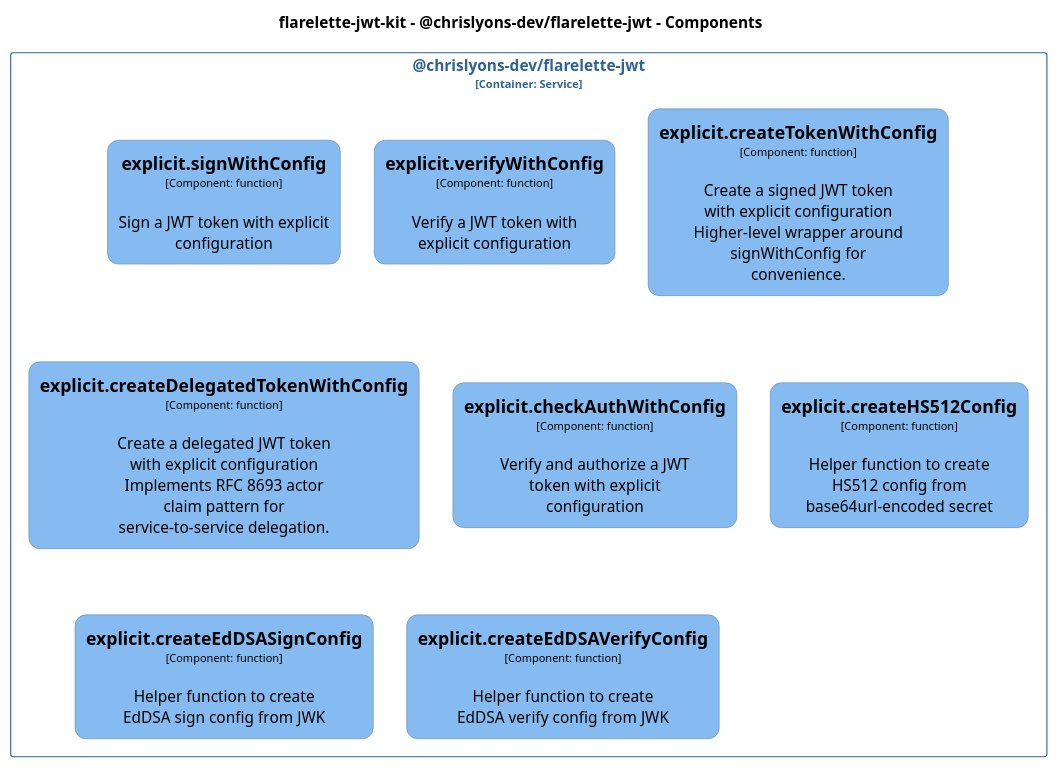
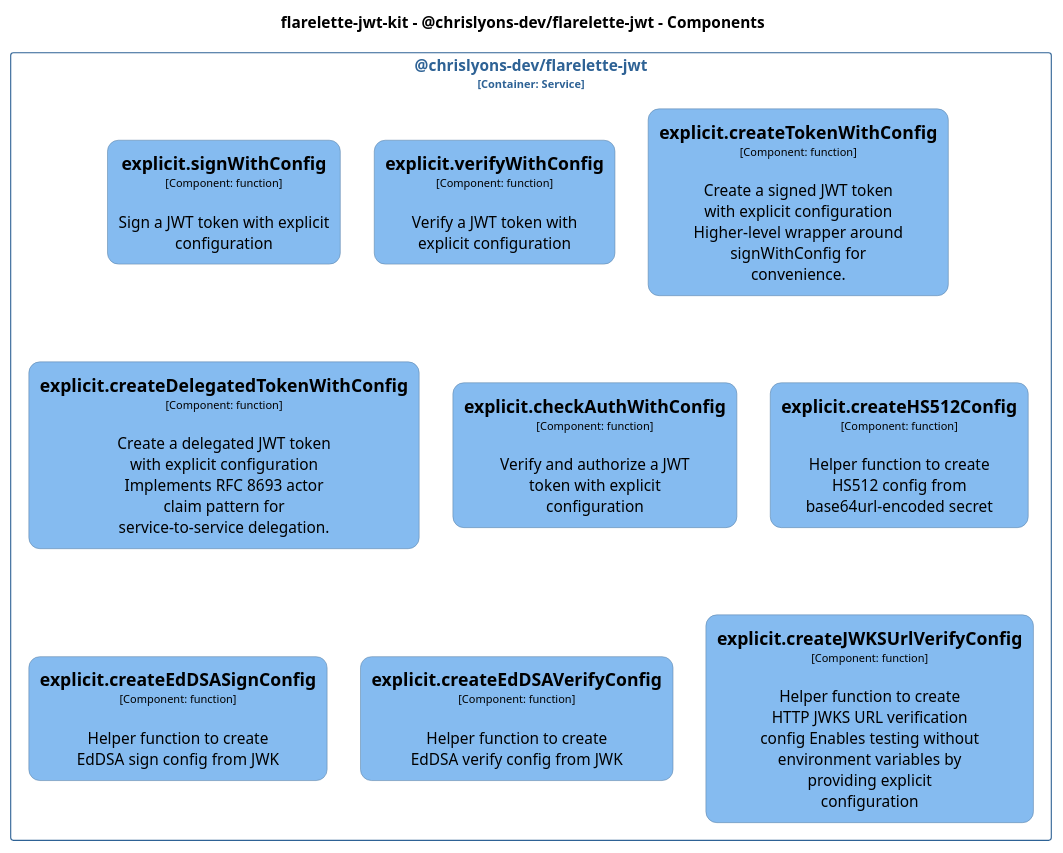
Before and after one commit to chrislyons-dev/flarelette-jwt-kit: the diagram in docs/architecture/diagrams/plantuml/structurizr-Classes_chrislyons_dev_flarelette_jwt__explicit.puml, drawn with PlantUML. The commit also changed 60 other files, not shown here.

```diff
--- a/docs/architecture/diagrams/plantuml/structurizr-Classes_chrislyons_dev_flarelette_jwt__explicit.puml
+++ b/docs/architecture/diagrams/plantuml/structurizr-Classes_chrislyons_dev_flarelette_jwt__explicit.puml
@@ -1,92 +1,100 @@
 @startuml
 set separator none
 title flarelette-jwt-kit - @chrislyons-dev/flarelette-jwt - Components
 
 top to bottom direction
 skinparam ranksep 60
 skinparam nodesep 30
 
 skinparam {
   arrowFontSize 10
   defaultTextAlignment center
   wrapWidth 200
   maxMessageSize 100
   defaultFontName "Arial"
 }
 
 hide stereotype
 
 skinparam rectangle<<flarelettejwtkit.chrislyonsdevflarelettejwt.explicitcheckAuthWithConfig>> {
   BackgroundColor #85bbf0
   FontColor #000000
   BorderColor #5d82a8
   roundCorner 20
   shadowing false
 }
 skinparam rectangle<<flarelettejwtkit.chrislyonsdevflarelettejwt.explicitcreateDelegatedTokenWithConfig>> {
   BackgroundColor #85bbf0
   FontColor #000000
   BorderColor #5d82a8
   roundCorner 20
   shadowing false
 }
 skinparam rectangle<<flarelettejwtkit.chrislyonsdevflarelettejwt.explicitcreateEdDSASignConfig>> {
   BackgroundColor #85bbf0
   FontColor #000000
   BorderColor #5d82a8
   roundCorner 20
   shadowing false
 }
 skinparam rectangle<<flarelettejwtkit.chrislyonsdevflarelettejwt.explicitcreateEdDSAVerifyConfig>> {
   BackgroundColor #85bbf0
   FontColor #000000
   BorderColor #5d82a8
   roundCorner 20
   shadowing false
 }
 skinparam rectangle<<flarelettejwtkit.chrislyonsdevflarelettejwt.explicitcreateHS512Config>> {
   BackgroundColor #85bbf0
   FontColor #000000
   BorderColor #5d82a8
   roundCorner 20
   shadowing false
 }
+skinparam rectangle<<flarelettejwtkit.chrislyonsdevflarelettejwt.explicitcreateJWKSUrlVerifyConfig>> {
+  BackgroundColor #85bbf0
+  FontColor #000000
+  BorderColor #5d82a8
+  roundCorner 20
+  shadowing false
+}
 skinparam rectangle<<flarelettejwtkit.chrislyonsdevflarelettejwt.explicitcreateTokenWithConfig>> {
   BackgroundColor #85bbf0
   FontColor #000000
   BorderColor #5d82a8
   roundCorner 20
   shadowing false
 }
 skinparam rectangle<<flarelettejwtkit.chrislyonsdevflarelettejwt.explicitsignWithConfig>> {
   BackgroundColor #85bbf0
   FontColor #000000
   BorderColor #5d82a8
   roundCorner 20
   shadowing false
 }
 skinparam rectangle<<flarelettejwtkit.chrislyonsdevflarelettejwt.explicitverifyWithConfig>> {
   BackgroundColor #85bbf0
   FontColor #000000
   BorderColor #5d82a8
   roundCorner 20
   shadowing false
 }
 skinparam rectangle<<flarelettejwtkit.chrislyonsdevflarelettejwt>> {
   BorderColor #2e6295
   FontColor #2e6295
   shadowing false
 }
 
 rectangle "@chrislyons-dev/flarelette-jwt\n<size:10>[Container: Service]</size>" <<flarelettejwtkit.chrislyonsdevflarelettejwt>> {
   rectangle "==explicit.signWithConfig\n<size:10>[Component: function]</size>\n\nSign a JWT token with explicit configuration" <<flarelettejwtkit.chrislyonsdevflarelettejwt.explicitsignWithConfig>> as flarelettejwtkit.chrislyonsdevflarelettejwt.explicitsignWithConfig
   rectangle "==explicit.verifyWithConfig\n<size:10>[Component: function]</size>\n\nVerify a JWT token with explicit configuration" <<flarelettejwtkit.chrislyonsdevflarelettejwt.explicitverifyWithConfig>> as flarelettejwtkit.chrislyonsdevflarelettejwt.explicitverifyWithConfig
   rectangle "==explicit.createTokenWithConfig\n<size:10>[Component: function]</size>\n\nCreate a signed JWT token with explicit configuration Higher-level wrapper around signWithConfig for convenience." <<flarelettejwtkit.chrislyonsdevflarelettejwt.explicitcreateTokenWithConfig>> as flarelettejwtkit.chrislyonsdevflarelettejwt.explicitcreateTokenWithConfig
   rectangle "==explicit.createDelegatedTokenWithConfig\n<size:10>[Component: function]</size>\n\nCreate a delegated JWT token with explicit configuration Implements RFC 8693 actor claim pattern for service-to-service delegation." <<flarelettejwtkit.chrislyonsdevflarelettejwt.explicitcreateDelegatedTokenWithConfig>> as flarelettejwtkit.chrislyonsdevflarelettejwt.explicitcreateDelegatedTokenWithConfig
   rectangle "==explicit.checkAuthWithConfig\n<size:10>[Component: function]</size>\n\nVerify and authorize a JWT token with explicit configuration" <<flarelettejwtkit.chrislyonsdevflarelettejwt.explicitcheckAuthWithConfig>> as flarelettejwtkit.chrislyonsdevflarelettejwt.explicitcheckAuthWithConfig
   rectangle "==explicit.createHS512Config\n<size:10>[Component: function]</size>\n\nHelper function to create HS512 config from base64url-encoded secret" <<flarelettejwtkit.chrislyonsdevflarelettejwt.explicitcreateHS512Config>> as flarelettejwtkit.chrislyonsdevflarelettejwt.explicitcreateHS512Config
   rectangle "==explicit.createEdDSASignConfig\n<size:10>[Component: function]</size>\n\nHelper function to create EdDSA sign config from JWK" <<flarelettejwtkit.chrislyonsdevflarelettejwt.explicitcreateEdDSASignConfig>> as flarelettejwtkit.chrislyonsdevflarelettejwt.explicitcreateEdDSASignConfig
   rectangle "==explicit.createEdDSAVerifyConfig\n<size:10>[Component: function]</size>\n\nHelper function to create EdDSA verify config from JWK" <<flarelettejwtkit.chrislyonsdevflarelettejwt.explicitcreateEdDSAVerifyConfig>> as flarelettejwtkit.chrislyonsdevflarelettejwt.explicitcreateEdDSAVerifyConfig
+  rectangle "==explicit.createJWKSUrlVerifyConfig\n<size:10>[Component: function]</size>\n\nHelper function to create HTTP JWKS URL verification config Enables testing without environment variables by providing explicit configuration" <<flarelettejwtkit.chrislyonsdevflarelettejwt.explicitcreateJWKSUrlVerifyConfig>> as flarelettejwtkit.chrislyonsdevflarelettejwt.explicitcreateJWKSUrlVerifyConfig
 }
 
 @enduml
```
